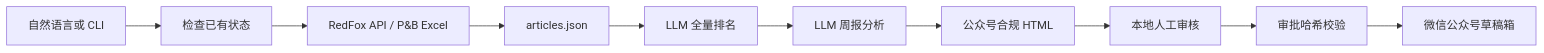
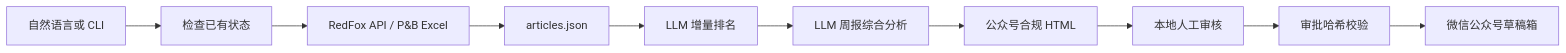
The diagram in README.md (GuJiaWen777/SentimentTracker), drawn with Mermaid before and after one commit. The commit also changed other lines of this file, not shown here.

````diff
--- a/README.md
+++ b/README.md
@@ -7,12 +9,12 @@
 ```mermaid
 flowchart LR
     A[自然语言或 CLI] --> B[检查已有状态]
     B --> C[RedFox API / P&B Excel]
     C --> D[articles.json]
-    D --> E[LLM 全量排名]
-    E --> F[LLM 周报分析]
+    D --> E[LLM 增量排名]
+    E --> F[LLM 周报综合分析]
     F --> G[公众号合规 HTML]
     G --> H[本地人工审核]
     H --> I[审批哈希校验]
     I --> J[微信公众号草稿箱]
 ```
````
